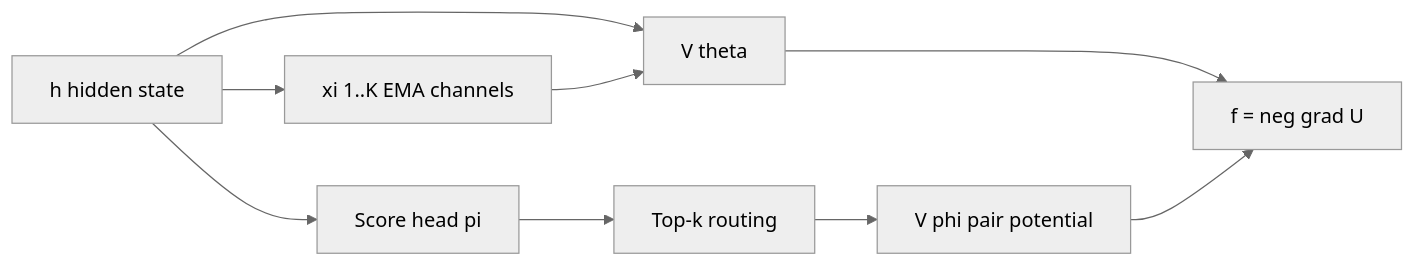
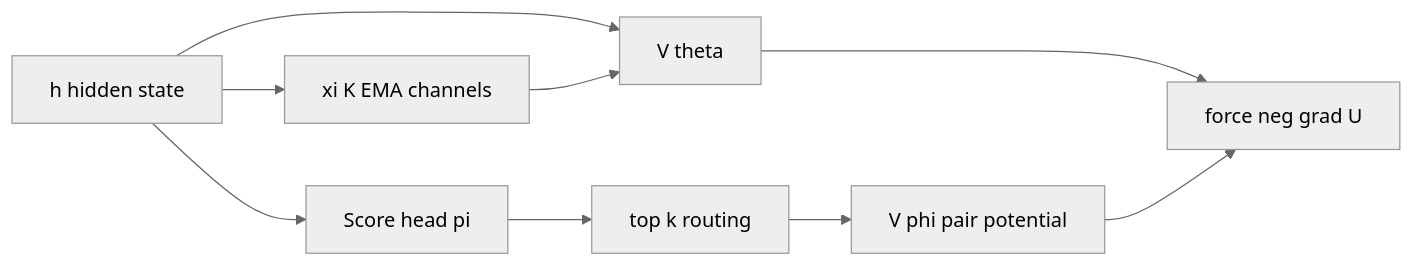
The first of 5 diagrams in companion_notes/Context_Mixing_Mechanisms_in_the_Conservative_Framework.md (dimitarpg13/semsimula-paper), drawn with Mermaid (neutral theme) before and after one commit. The commit also changed other lines of this file, not shown here.

````diff
--- a/companion_notes/Context_Mixing_Mechanisms_in_the_Conservative_Framework.md
+++ b/companion_notes/Context_Mixing_Mechanisms_in_the_Conservative_Framework.md
@@ -111,19 +111,19 @@
 ```mermaid
 flowchart LR
     H["h hidden state"]
-    XI["xi 1..K EMA channels"]
+    XI["xi K EMA channels"]
     VT["V theta"]
     SC["Score head pi"]
-    TK["Top-k routing"]
+    TK["top k routing"]
     VP["V phi pair potential"]
-    FRC["f = neg grad U"]
+    FRC["force neg grad U"]
 
     H --> XI
     H --> VT
     XI --> VT
     H --> SC
     SC --> TK
     TK --> VP
     VT --> FRC
     VP --> FRC
 ```
````
